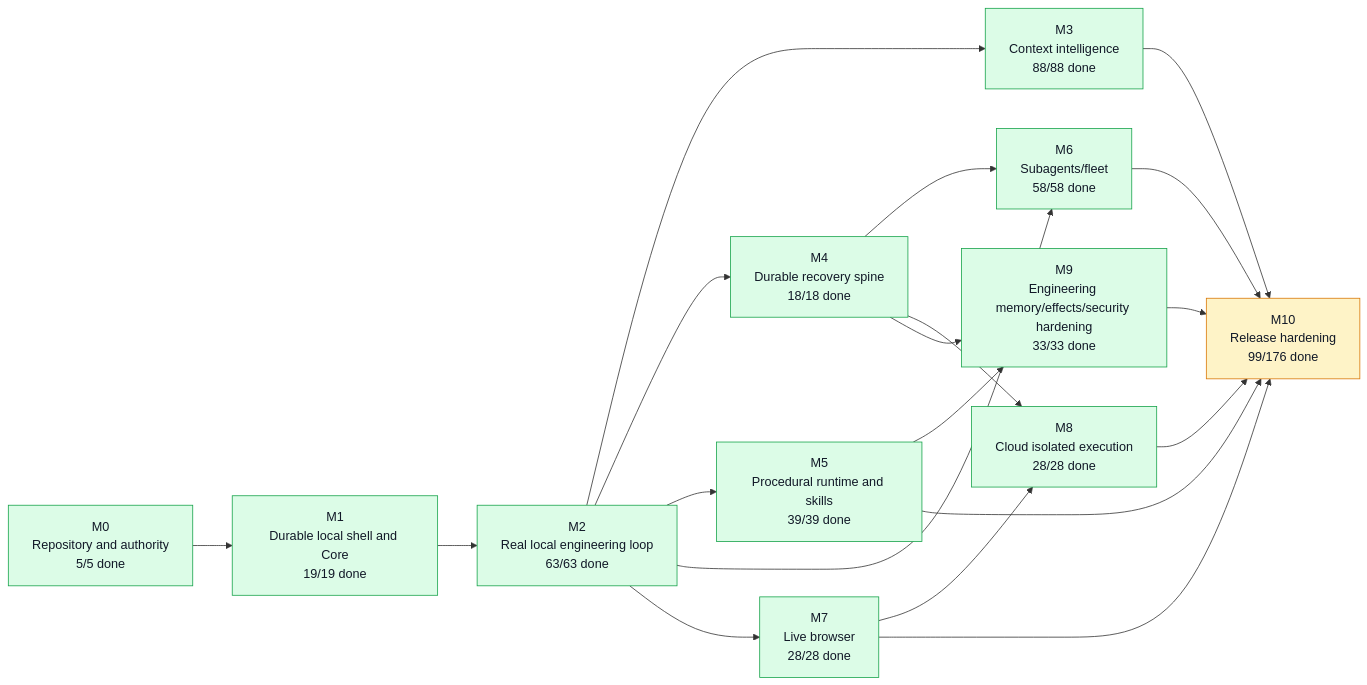
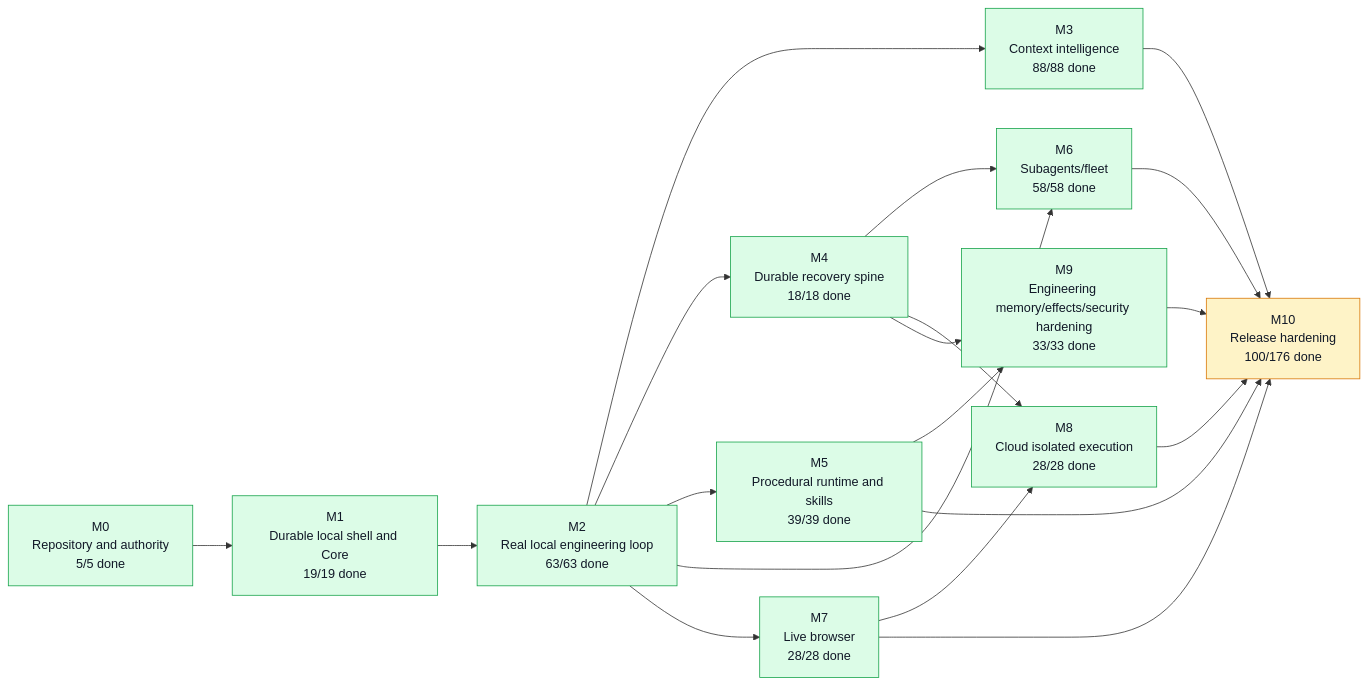
Before and after one commit to moss101/modbit: the first of 5 diagrams in graph/PROJECT_GRAPH.md, drawn with Mermaid. The commit also changed other lines of this file and 5 other files, not shown here.

````diff
--- a/graph/PROJECT_GRAPH.md
+++ b/graph/PROJECT_GRAPH.md
@@ -57,43 +57,43 @@
 ```mermaid
 flowchart LR
   M0["M0<br/>Repository and authority<br/>5/5 done"]
   M1["M1<br/>Durable local shell and Core<br/>19/19 done"]
   M2["M2<br/>Real local engineering loop<br/>63/63 done"]
   M3["M3<br/>Context intelligence<br/>88/88 done"]
   M4["M4<br/>Durable recovery spine<br/>18/18 done"]
   M5["M5<br/>Procedural runtime and skills<br/>39/39 done"]
   M6["M6<br/>Subagents/fleet<br/>58/58 done"]
   M7["M7<br/>Live browser<br/>28/28 done"]
   M8["M8<br/>Cloud isolated execution<br/>28/28 done"]
   M9["M9<br/>Engineering memory/effects/security hardening<br/>33/33 done"]
-  M10["M10<br/>Release hardening<br/>99/176 done"]
+  M10["M10<br/>Release hardening<br/>100/176 done"]
   M0 --> M1
   M1 --> M2
   M2 --> M3
   M2 --> M4
   M2 --> M5
   M2 --> M6
   M4 --> M6
   M2 --> M7
   M4 --> M8
   M7 --> M8
   M4 --> M9
   M5 --> M9
   M3 --> M10
   M5 --> M10
   M6 --> M10
   M7 --> M10
   M8 --> M10
   M9 --> M10
   style M0 fill:#dcfce7,stroke:#16a34a,color:#111827
   style M1 fill:#dcfce7,stroke:#16a34a,color:#111827
   style M2 fill:#dcfce7,stroke:#16a34a,color:#111827
   style M3 fill:#dcfce7,stroke:#16a34a,color:#111827
   style M4 fill:#dcfce7,stroke:#16a34a,color:#111827
   style M5 fill:#dcfce7,stroke:#16a34a,color:#111827
   style M6 fill:#dcfce7,stroke:#16a34a,color:#111827
   style M7 fill:#dcfce7,stroke:#16a34a,color:#111827
   style M8 fill:#dcfce7,stroke:#16a34a,color:#111827
   style M9 fill:#dcfce7,stroke:#16a34a,color:#111827
   style M10 fill:#fef3c7,stroke:#d97706,color:#111827
 ```
````
